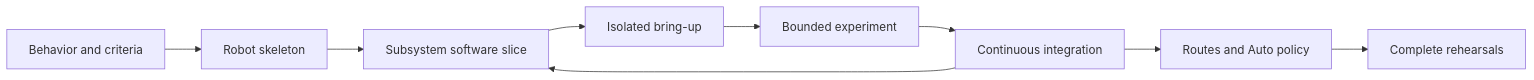
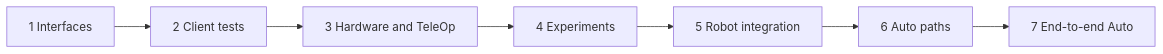
Before and after one commit to harishv-99/2025-PhoenixPedro: the diagram in TeamCode/src/main/java/edu/ftcsushi/fw/docs/getting-started/Build a Robot Step by Step.md, drawn with Mermaid. The commit also changed other lines of this file and 35 other files, not shown here.

Commit message:
DOC-09 add student-first robot course

````diff
--- a/TeamCode/src/main/java/edu/ftcsushi/fw/docs/getting-started/Build a Robot Step by Step.md
+++ b/TeamCode/src/main/java/edu/ftcsushi/fw/docs/getting-started/Build a Robot Step by Step.md
@@ -18,13 +13,11 @@
 ```mermaid
 flowchart LR
-    accTitle: Build-season robot workflow
-    accDescr: A shared robot skeleton is created first. Each subsystem independently moves from requirements through software evidence, physical bring-up, experiments, and continuous integration. Qualified drive and localization then support route tests and complete TeleOp and Auto rehearsals.
-    A[Behavior and criteria] --> B[Robot skeleton]
-    B --> C[Subsystem software slice]
-    C --> D[Isolated bring-up]
-    D --> E[Bounded experiment]
-    E --> F[Continuous integration]
-    F --> C
-    F --> G[Routes and Auto policy]
-    G --> H[Complete rehearsals]
+    accTitle: Seven robot-building checkpoints
+    accDescr: Define subsystem behavior, test clients without hardware, connect hardware and TeleOp, run bounded experiments, integrate the robot, test individual Pedro paths, and rehearse complete autonomous behavior.
+    A[1 Interfaces] --> B[2 Client tests]
+    B --> C[3 Hardware and TeleOp]
+    C --> D[4 Experiments]
+    D --> E[5 Robot integration]
+    E --> F[6 Auto paths]
+    F --> G[7 End-to-end Auto]
 ```
````
